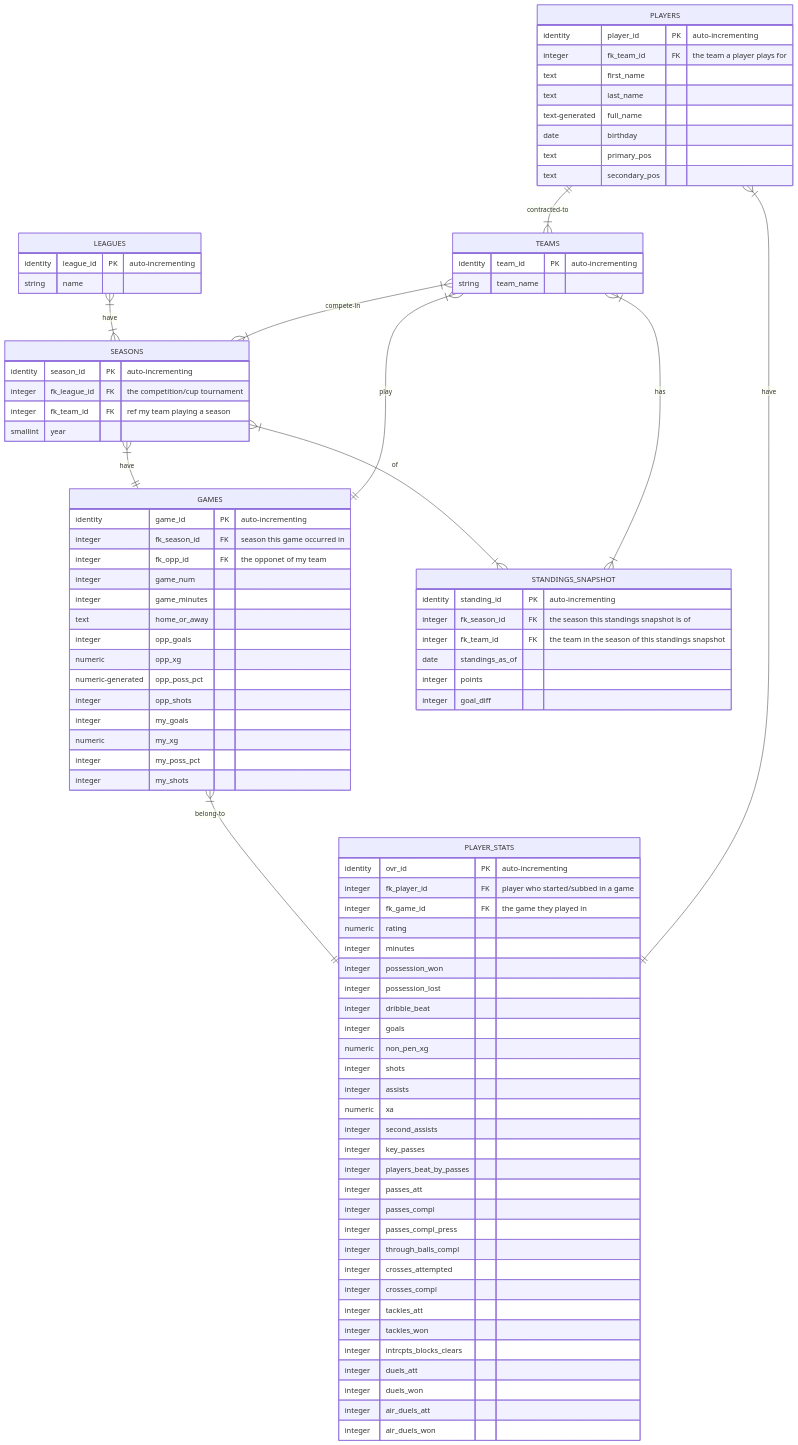
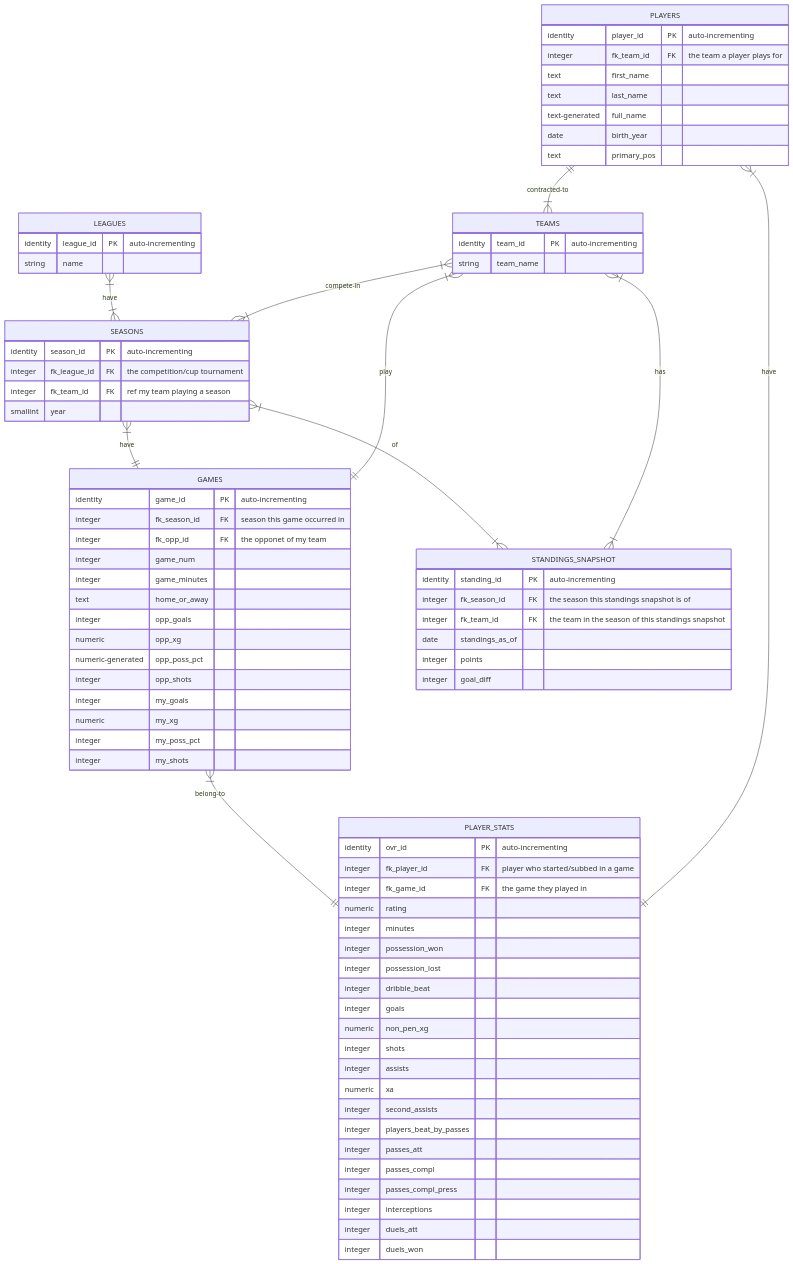
Before and after one commit to BrandonHoeft/fifa-career-mode-db: the diagram in README.md, drawn with Mermaid. The commit also changed 2 other files, not shown here.

Commit message:
updated database model (fewer stats)

```diff
--- a/README.md
+++ b/README.md
@@ -55,9 +55,8 @@
             text first_name
             text last_name
             text-generated full_name
-            date birthday
+            date birth_year
             text primary_pos
-            text secondary_pos
         }
     
     GAMES }|--|| PLAYER_STATS : belong-to
@@ -76,21 +75,13 @@
             integer assists
             numeric xa
             integer second_assists
-            integer key_passes
             integer players_beat_by_passes
             integer passes_att
             integer passes_compl
             integer passes_compl_press
-            integer through_balls_compl
-            integer crosses_attempted
-            integer crosses_compl
-            integer tackles_att
-            integer tackles_won
-            integer intrcpts_blocks_clears
+            integer interceptions
             integer duels_att
             integer duels_won
-            integer air_duels_att
-            integer air_duels_won
             
         }
     PLAYERS }|--|| PLAYER_STATS : have
```
